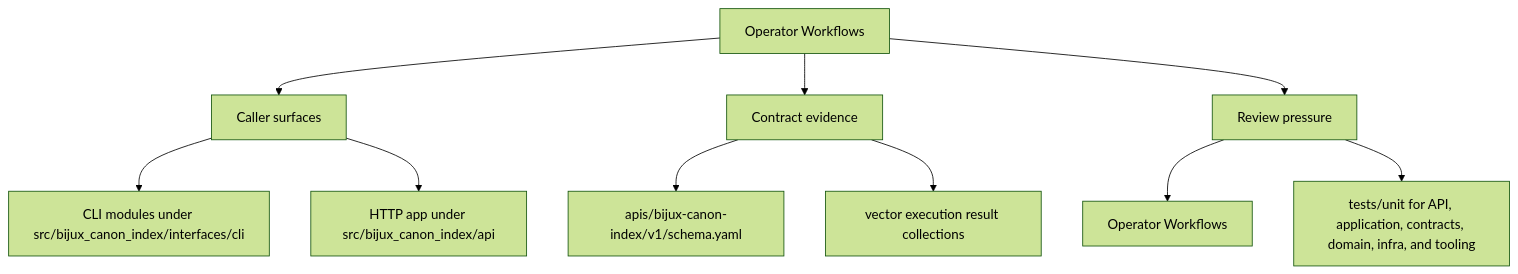
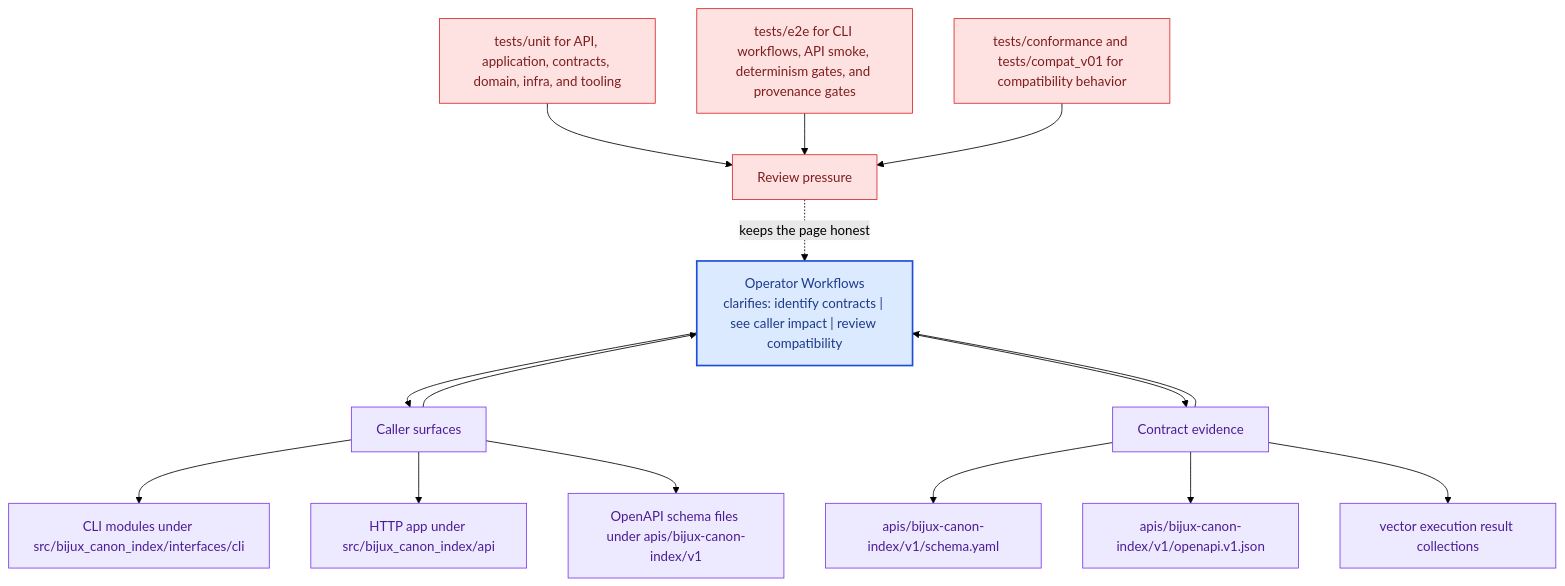
Before and after one commit to bijux/bijux-canon: the second of 2 diagrams in docs/bijux-canon-index/interfaces/operator-workflows.md, drawn with Mermaid (forest theme). The commit also changed other lines of this file and 281 other files, not shown here.

Commit message:
docs(diagrams): deepen handbook mermaid maps across the catalog

````diff
--- a/docs/bijux-canon-index/interfaces/operator-workflows.md
+++ b/docs/bijux-canon-index/interfaces/operator-workflows.md
@@ -34,22 +67,41 @@
 ```mermaid
-flowchart TD
-    page["Operator Workflows"]
+flowchart TB
+    promise["Operator Workflows<br/>clarifies: identify contracts | see caller impact | review compatibility"]
+    classDef promise fill:#dbeafe,stroke:#1d4ed8,color:#1e3a8a,stroke-width:2px;
+    classDef driver fill:#dcfce7,stroke:#16a34a,color:#14532d;
+    classDef constraint fill:#fee2e2,stroke:#dc2626,color:#7f1d1d;
+    classDef ground fill:#ede9fe,stroke:#7c3aed,color:#4c1d95;
     focus1["Caller surfaces"]
-    page --> focus1
+    focus1 --> promise
+    promise --> focus1
     focus1_1["CLI modules under src/bijux_canon_index/interfaces/cli"]
     focus1 --> focus1_1
     focus1_2["HTTP app under src/bijux_canon_index/api"]
     focus1 --> focus1_2
+    focus1_3["OpenAPI schema files under apis/bijux-canon-index/v1"]
+    focus1 --> focus1_3
+    class focus1 ground;
+    class focus1_1,focus1_2,focus1_3 ground;
     focus2["Contract evidence"]
-    page --> focus2
+    focus2 --> promise
+    promise --> focus2
     focus2_1["apis/bijux-canon-index/v1/schema.yaml"]
     focus2 --> focus2_1
-    focus2_2["vector execution result collections"]
+    focus2_2["apis/bijux-canon-index/v1/openapi.v1.json"]
     focus2 --> focus2_2
+    focus2_3["vector execution result collections"]
+    focus2 --> focus2_3
+    class focus2 ground;
+    class focus2_1,focus2_2,focus2_3 ground;
     focus3["Review pressure"]
-    page --> focus3
-    focus3_1["Operator Workflows"]
-    focus3 --> focus3_1
-    focus3_2["tests/unit for API, application, contracts, domain, infra, and tooling"]
-    focus3 --> focus3_2
+    focus3 -.keeps the page honest.-> promise
+    focus3_1["tests/unit for API, application, contracts, domain, infra, and tooling"]
+    focus3_1 --> focus3
+    focus3_2["tests/e2e for CLI workflows, API smoke, determinism gates, and provenance gates"]
+    focus3_2 --> focus3
+    focus3_3["tests/conformance and tests/compat_v01 for compatibility behavior"]
+    focus3_3 --> focus3
+    class focus3 constraint;
+    class focus3_1,focus3_2,focus3_3 constraint;
+    class promise promise;
 ```
````
